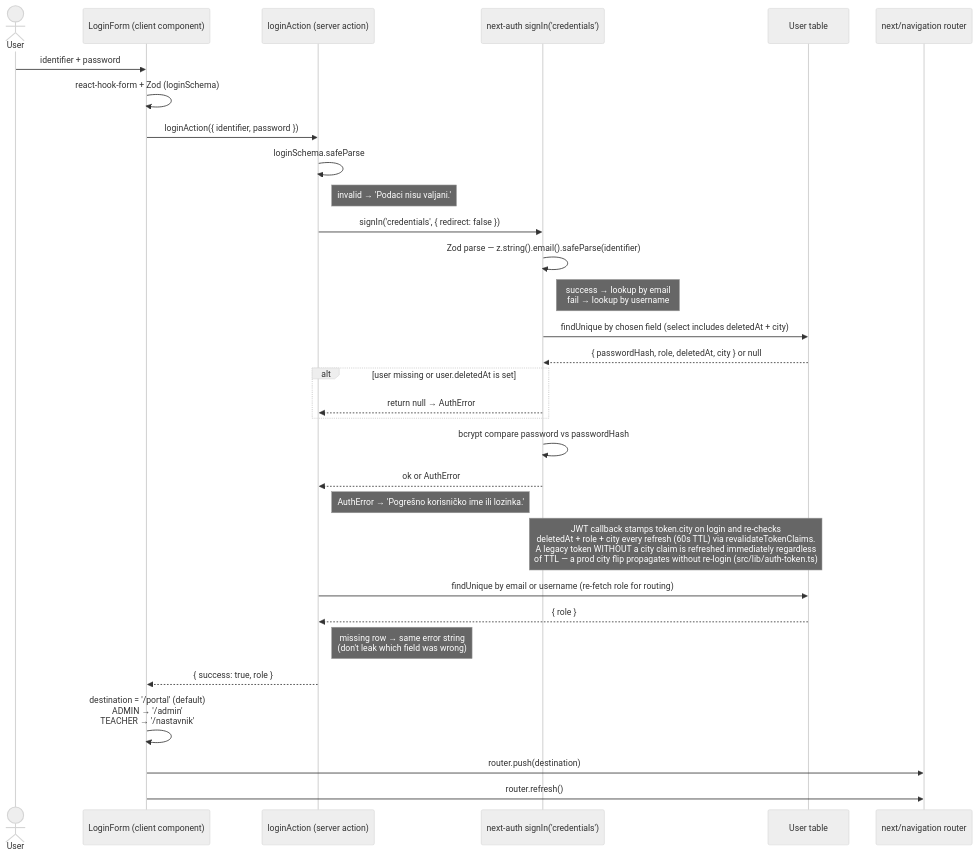
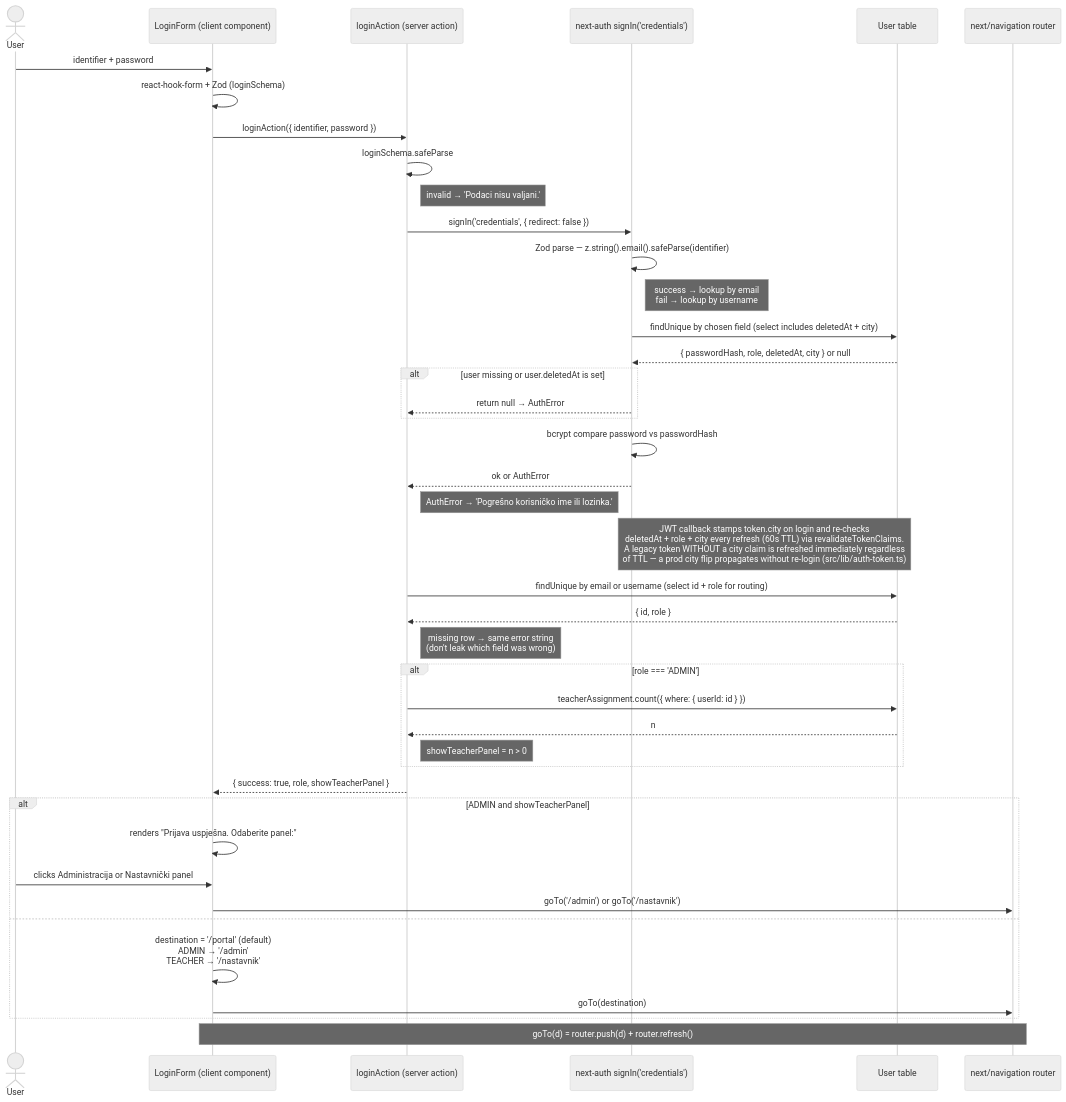
The first of 3 diagrams in docs/diagrams/role-based-login.md (jpucic00/inovatic), drawn with Mermaid (neutral theme) before and after one commit. The commit also changed other lines of this file and 3 other files, not shown here.

First line of the commit message:
Dijagrami: uskladi ERD, dolazak, prijavu i upise sa stvarnim stanjem

````diff
--- a/docs/diagrams/role-based-login.md
+++ b/docs/diagrams/role-based-login.md
@@ -16,39 +18,51 @@
 ```mermaid
 sequenceDiagram
     actor User
     participant Form as LoginForm (client component)
     participant Action as loginAction (server action)
     participant Auth as next-auth signIn('credentials')
     participant DB as User table
     participant Router as next/navigation router
 
     User->>Form: identifier + password
     Form->>Form: react-hook-form + Zod (loginSchema)
     Form->>Action: loginAction({ identifier, password })
 
     Action->>Action: loginSchema.safeParse
     Note right of Action: invalid → 'Podaci nisu valjani.'
 
     Action->>Auth: signIn('credentials', { redirect: false })
     Auth->>Auth: Zod parse — z.string().email().safeParse(identifier)
     Note right of Auth: success → lookup by email<br/>fail → lookup by username
     Auth->>DB: findUnique by chosen field (select includes deletedAt + city)
     DB-->>Auth: { passwordHash, role, deletedAt, city } or null
     alt user missing or user.deletedAt is set
         Auth-->>Action: return null → AuthError
     end
     Auth->>Auth: bcrypt compare password vs passwordHash
     Auth-->>Action: ok or AuthError
     Note right of Action: AuthError → 'Pogrešno korisničko ime ili lozinka.'
     Note over Auth,DB: JWT callback stamps token.city on login and re-checks<br/>deletedAt + role + city every refresh (60s TTL) via revalidateTokenClaims.<br/>A legacy token WITHOUT a city claim is refreshed immediately regardless<br/>of TTL — a prod city flip propagates without re-login (src/lib/auth-token.ts)
 
-    Action->>DB: findUnique by email or username (re-fetch role for routing)
-    DB-->>Action: { role }
+    Action->>DB: findUnique by email or username (select id + role for routing)
+    DB-->>Action: { id, role }
     Note right of Action: missing row → same error string<br/>(don't leak which field was wrong)
 
-    Action-->>Form: { success: true, role }
-    Form->>Form: destination = '/portal' (default)<br/>ADMIN → '/admin'<br/>TEACHER → '/nastavnik'
+    alt role === 'ADMIN'
+        Action->>DB: teacherAssignment.count({ where: { userId: id } })
+        DB-->>Action: n
+        Note right of Action: showTeacherPanel = n > 0
+    end
 
-    Form->>Router: router.push(destination)
-    Form->>Router: router.refresh()
+    Action-->>Form: { success: true, role, showTeacherPanel }
+
+    alt ADMIN and showTeacherPanel
+        Form->>Form: renders "Prijava uspješna. Odaberite panel:"
+        User->>Form: clicks Administracija or Nastavnički panel
+        Form->>Router: goTo('/admin') or goTo('/nastavnik')
+    else
+        Form->>Form: destination = '/portal' (default)<br/>ADMIN → '/admin'<br/>TEACHER → '/nastavnik'
+        Form->>Router: goTo(destination)
+    end
+    Note over Form,Router: goTo(d) = router.push(d) + router.refresh()
 ```
````
